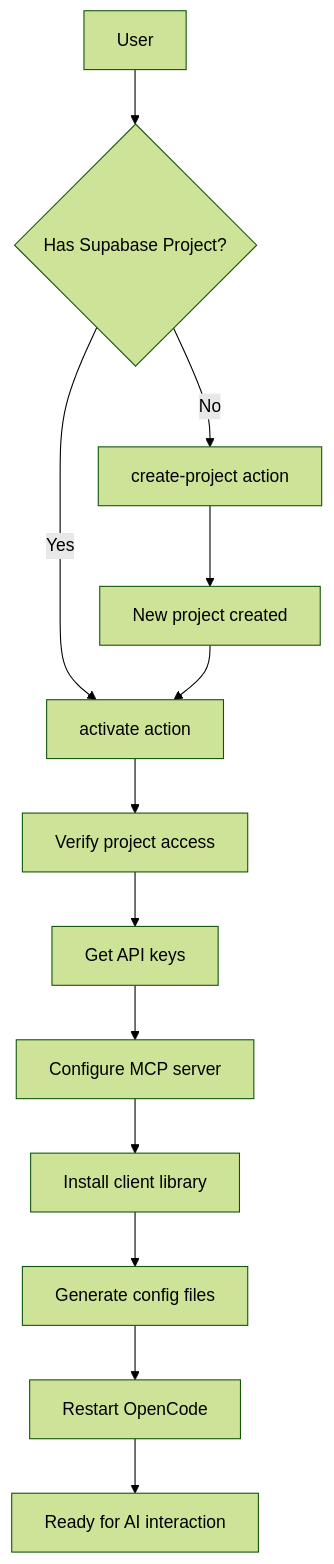
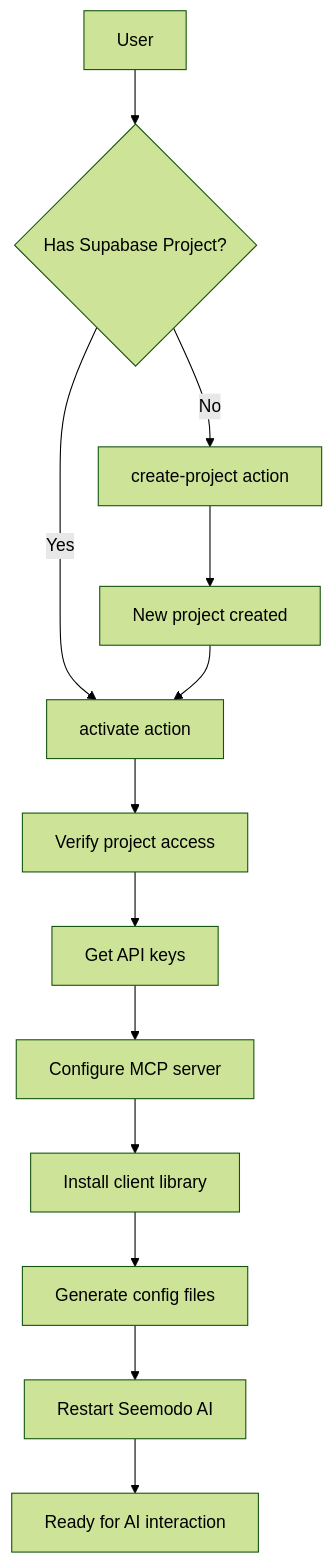
The diagram in api-reference/endpoint/seemodo-cloud.mdx (Seemodo/docs), drawn with Mermaid (forest theme) before and after one commit. The commit also changed other lines of this file and 23 other files, not shown here.

Commit message:
Update documentation to replace all instances of "OpenCode" with "Seemodo AI" across multiple files, including AGENTS.md, README.md, and various API reference documents, ensuring consistency with the new branding.

````diff
--- a/api-reference/endpoint/seemodo-cloud.mdx
+++ b/api-reference/endpoint/seemodo-cloud.mdx
@@ -282,15 +282,15 @@
 ```mermaid
 flowchart TD
     A[User] --> B{Has Supabase Project?}
     B -->|No| C[create-project action]
     B -->|Yes| D[activate action]
     C --> E[New project created]
     E --> D
     D --> F[Verify project access]
     F --> G[Get API keys]
     G --> H[Configure MCP server]
     H --> I[Install client library]
     I --> J[Generate config files]
-    J --> K[Restart OpenCode]
+    J --> K[Restart Seemodo AI]
     K --> L[Ready for AI interaction]
 ```
````
